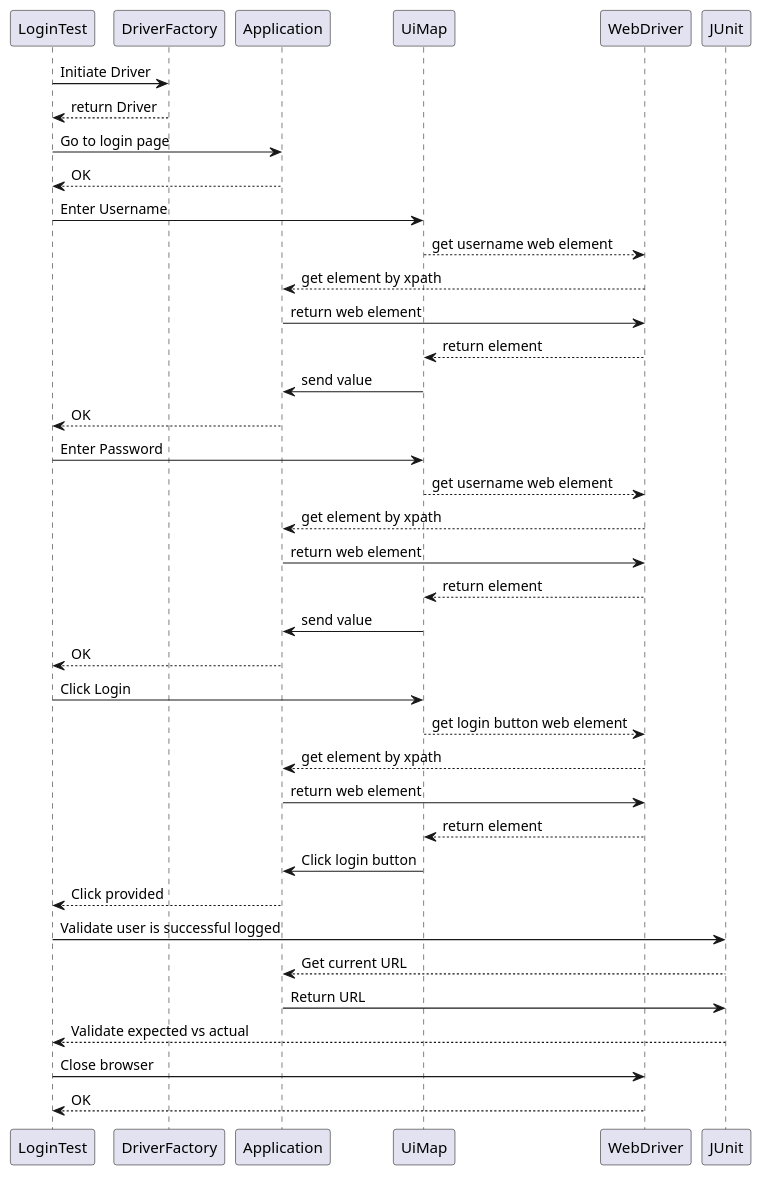
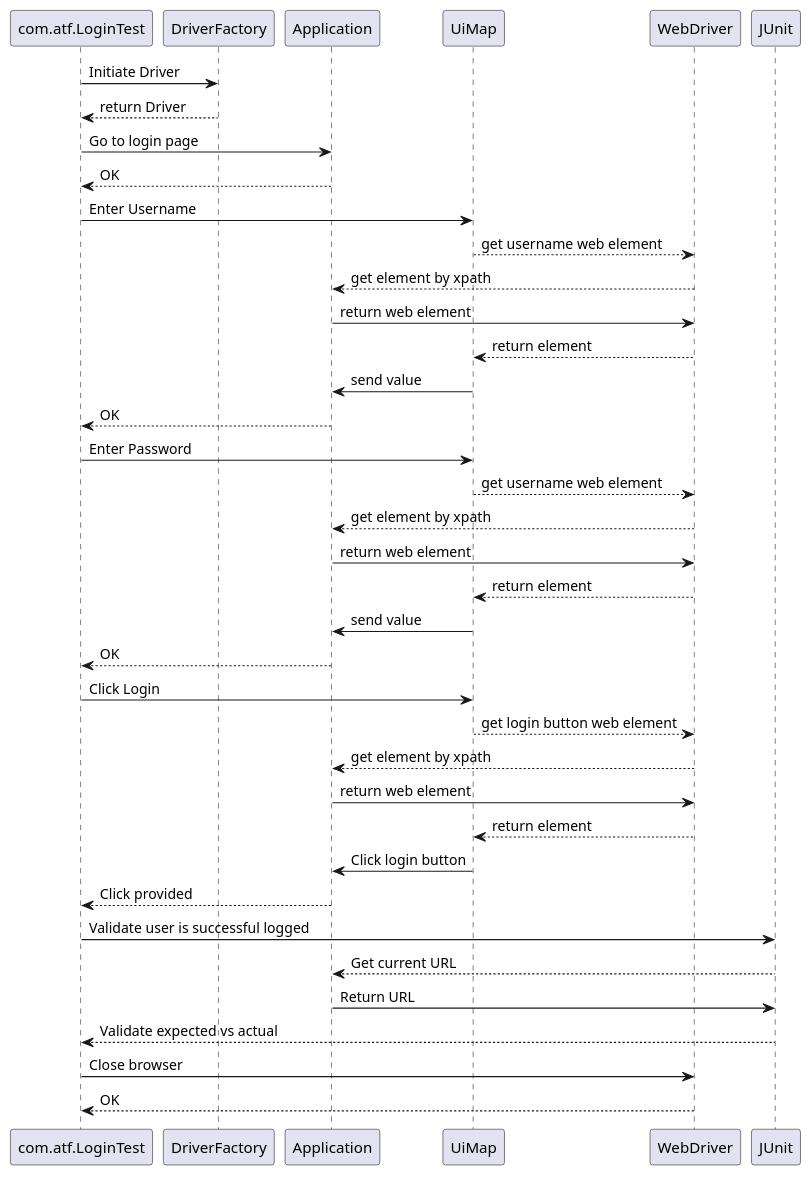
The diagram in src/uml/Login Sequence Diagram.puml (Moriceg/ATF_from_scratch_EM), drawn with PlantUML before and after one commit. The commit also changed 20 other files, not shown here.

Commit message:
1. Remove beans.xml 2. Add Autowired annotations and Component annotation for classes 3. Move all source in a package : com.atf 4. Create AppConfig to initialize the context

```diff
--- a/src/uml/Login Sequence Diagram.puml
+++ b/src/uml/Login Sequence Diagram.puml
@@ -1,40 +1,40 @@
 @startuml
 
 
-LoginTest -> DriverFactory : Initiate Driver
-DriverFactory --> LoginTest : return Driver
-LoginTest -> Application : Go to login page
-Application --> LoginTest : OK
-LoginTest -> UiMap : Enter Username
+com.atf.LoginTest -> DriverFactory : Initiate Driver
+DriverFactory --> com.atf.LoginTest : return Driver
+com.atf.LoginTest -> Application : Go to login page
+Application --> com.atf.LoginTest : OK
+com.atf.LoginTest -> UiMap : Enter Username
 UiMap --> WebDriver : get username web element
 WebDriver --> Application : get element by xpath
 Application -> WebDriver : return web element
 WebDriver --> UiMap : return element
 UiMap -> Application : send value
 
-Application --> LoginTest : OK
-LoginTest -> UiMap : Enter Password
+Application --> com.atf.LoginTest : OK
+com.atf.LoginTest -> UiMap : Enter Password
 UiMap --> WebDriver : get username web element
 WebDriver --> Application : get element by xpath
 Application -> WebDriver : return web element
 WebDriver --> UiMap : return element
 UiMap -> Application : send value
-Application --> LoginTest : OK
+Application --> com.atf.LoginTest : OK
 
-LoginTest -> UiMap : Click Login
+com.atf.LoginTest -> UiMap : Click Login
 UiMap --> WebDriver : get login button web element
 WebDriver --> Application : get element by xpath
 Application -> WebDriver : return web element
 WebDriver --> UiMap : return element
 UiMap -> Application : Click login button
-Application --> LoginTest : Click provided
+Application --> com.atf.LoginTest : Click provided
 
-LoginTest -> JUnit : Validate user is successful logged
+com.atf.LoginTest -> JUnit : Validate user is successful logged
 JUnit --> Application : Get current URL
 Application -> JUnit : Return URL
-JUnit --> LoginTest : Validate expected vs actual
+JUnit --> com.atf.LoginTest : Validate expected vs actual
 
-LoginTest -> WebDriver : Close browser
-WebDriver --> LoginTest : OK
+com.atf.LoginTest -> WebDriver : Close browser
+WebDriver --> com.atf.LoginTest : OK
 
 @enduml
```
